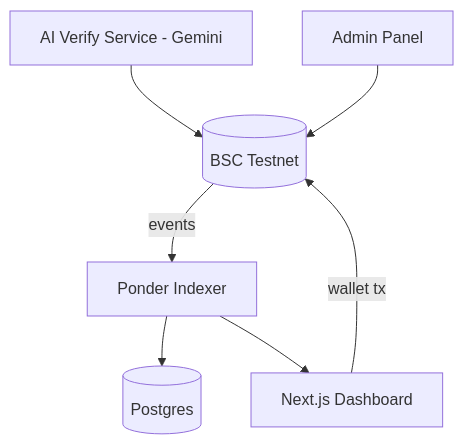
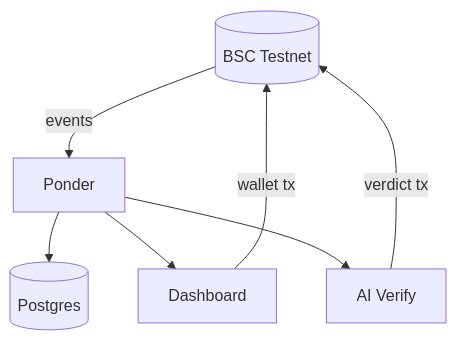
The second of 2 diagrams in README.md (tronic21-ctrl/bansoschain), drawn with Mermaid before and after one commit. The commit also changed other lines of this file, not shown here.

````diff
--- a/README.md
+++ b/README.md
@@ -33,9 +43,9 @@
 ```mermaid
 flowchart TB
-    CH[(BSC Testnet)] -->|events| IDX[Ponder Indexer]
+    CH[(BSC Testnet)] -->|events| IDX[Ponder]
     IDX --> DB[(Postgres)]
-    IDX --> FE[Next.js Dashboard]
+    IDX --> FE[Dashboard]
     FE -->|wallet tx| CH
-    AI[AI Verify Service - Gemini] --> CH
-    Admin[Admin Panel] --> CH
+    IDX --> AI[AI Verify]
+    AI -->|verdict tx| CH
 ```
````
